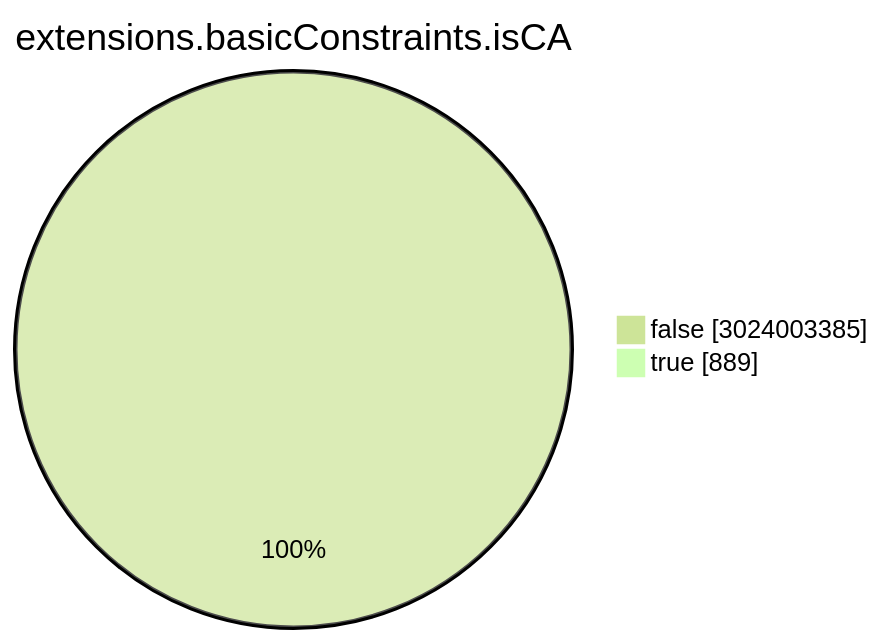
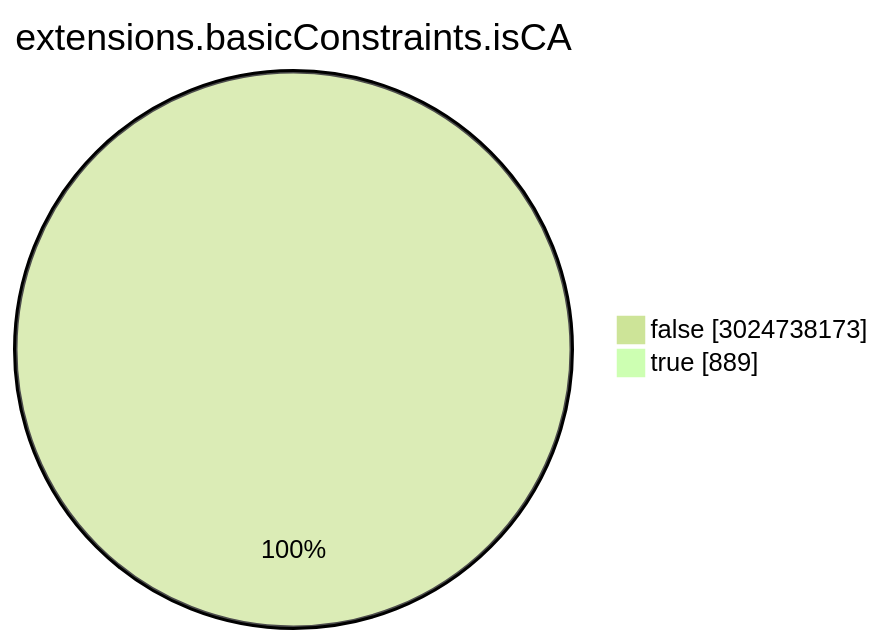
Before and after one commit to christiankrug/ctmonitor_visualization: the seventh of 15 diagrams in TOTAL/README.md, drawn with Mermaid (forest theme). The commit also changed other lines of this file, not shown here.

````diff
--- a/TOTAL/README.md
+++ b/TOTAL/README.md
@@ -3087,6 +3087,6 @@
 ```mermaid
 pie showData
 title extensions.basicConstraints.isCA
-"false" :3024003385
+"false" :3024738173
 "true" :889
 ```
````
